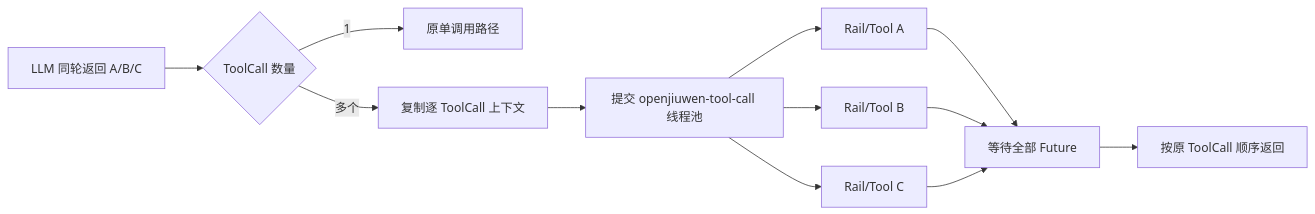
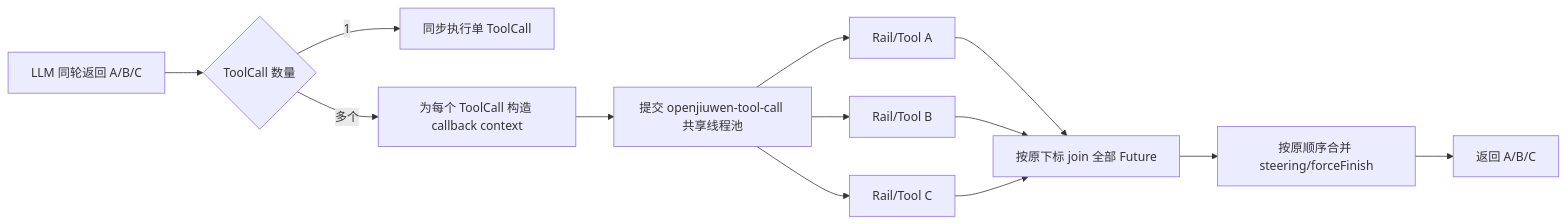
Before and after one commit to Bensinanren/spring-ai-ascend: the first of 3 diagrams in architecture/L2-Low-Level-Design/agent-runtime/Feat-Func-026-parallel-tool-execution.md, drawn with Mermaid. The commit also changed other lines of this file, not shown here.

````diff
--- a/architecture/L2-Low-Level-Design/agent-runtime/Feat-Func-026-parallel-tool-execution.md
+++ b/architecture/L2-Low-Level-Design/agent-runtime/Feat-Func-026-parallel-tool-execution.md
@@ -166,14 +172,15 @@
 ```mermaid
 flowchart LR
     LLM[LLM 同轮返回 A/B/C] --> N{ToolCall 数量}
-    N -->|1| S[原单调用路径]
-    N -->|多个| C[复制逐 ToolCall 上下文]
-    C --> P[提交 openjiuwen-tool-call 线程池]
+    N -->|1| S[同步执行单 ToolCall]
+    N -->|多个| C[为每个 ToolCall 构造 callback context]
+    C --> P[提交 openjiuwen-tool-call 共享线程池]
     P --> A[Rail/Tool A]
     P --> B[Rail/Tool B]
     P --> D[Rail/Tool C]
-    A --> J[等待全部 Future]
+    A --> J[按原下标 join 全部 Future]
     B --> J
     D --> J
-    J --> O[按原 ToolCall 顺序返回]
+    J --> M[按原顺序合并 steering/forceFinish]
+    M --> O[返回 A/B/C]
 ```
````
